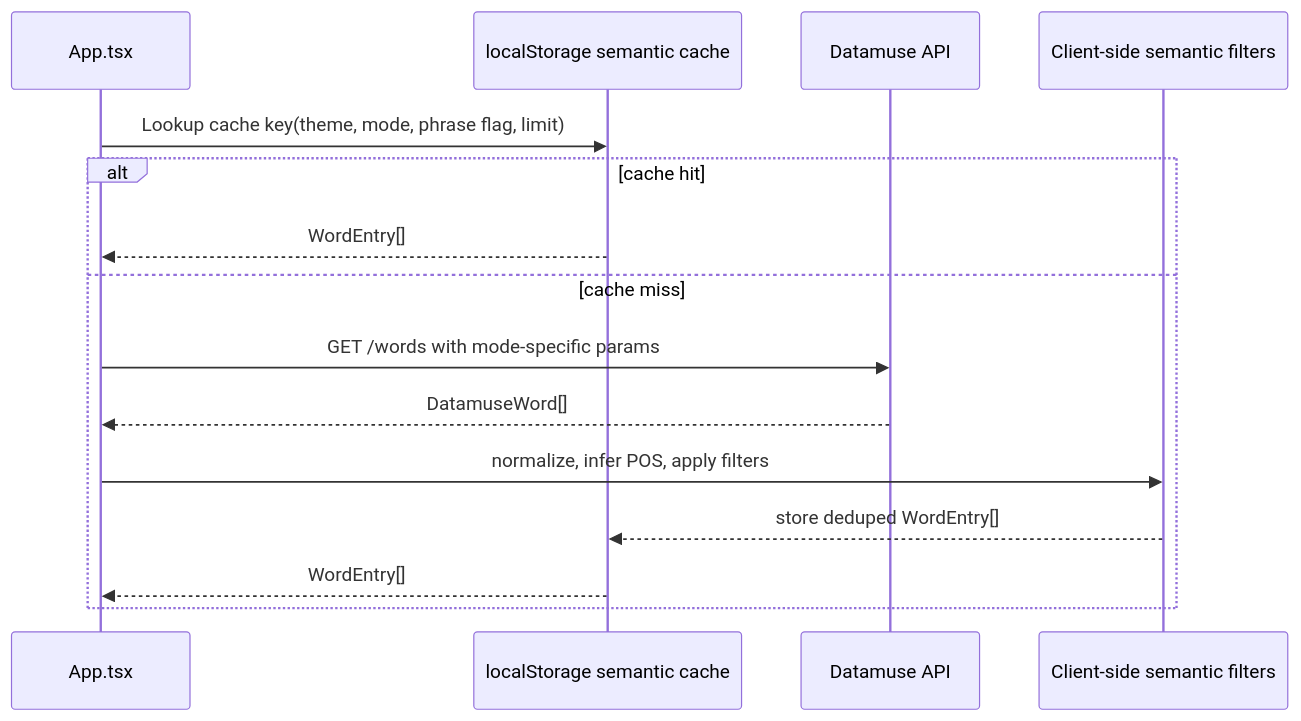
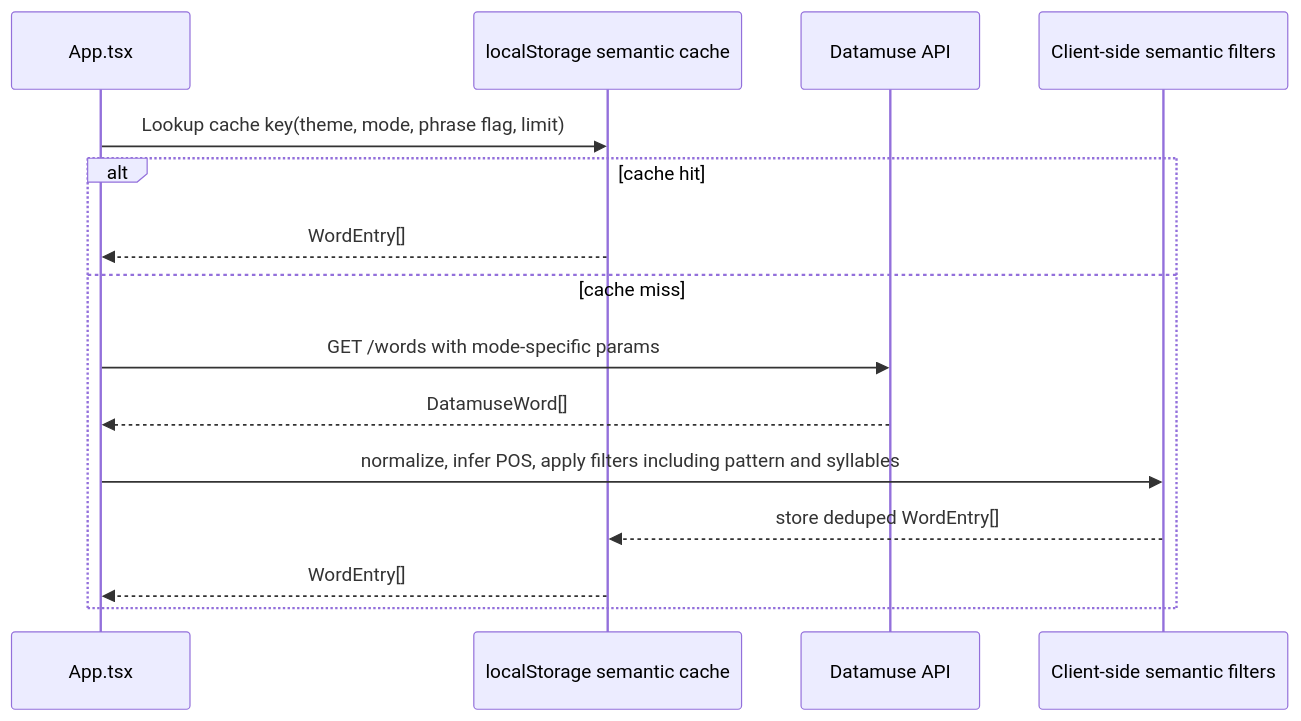
One commit to danysdragons/random-words changed the sixth of 14 diagrams in docs/architecture.md. Above: the diagram before and after it, drawn with Mermaid. The commit also changed other lines of this file and 7 other files, not shown here.

````diff
--- a/docs/architecture.md
+++ b/docs/architecture.md
@@ -296,18 +300,18 @@
 ```mermaid
 sequenceDiagram
   participant App as App.tsx
   participant Cache as localStorage semantic cache
   participant DM as Datamuse API
   participant Filter as Client-side semantic filters
 
   App->>Cache: Lookup cache key(theme, mode, phrase flag, limit)
   alt cache hit
     Cache-->>App: WordEntry[]
   else cache miss
     App->>DM: GET /words with mode-specific params
     DM-->>App: DatamuseWord[]
-    App->>Filter: normalize, infer POS, apply filters
+    App->>Filter: normalize, infer POS, apply filters including pattern and syllables
     Filter-->>Cache: store deduped WordEntry[]
     Cache-->>App: WordEntry[]
   end
 ```
````
